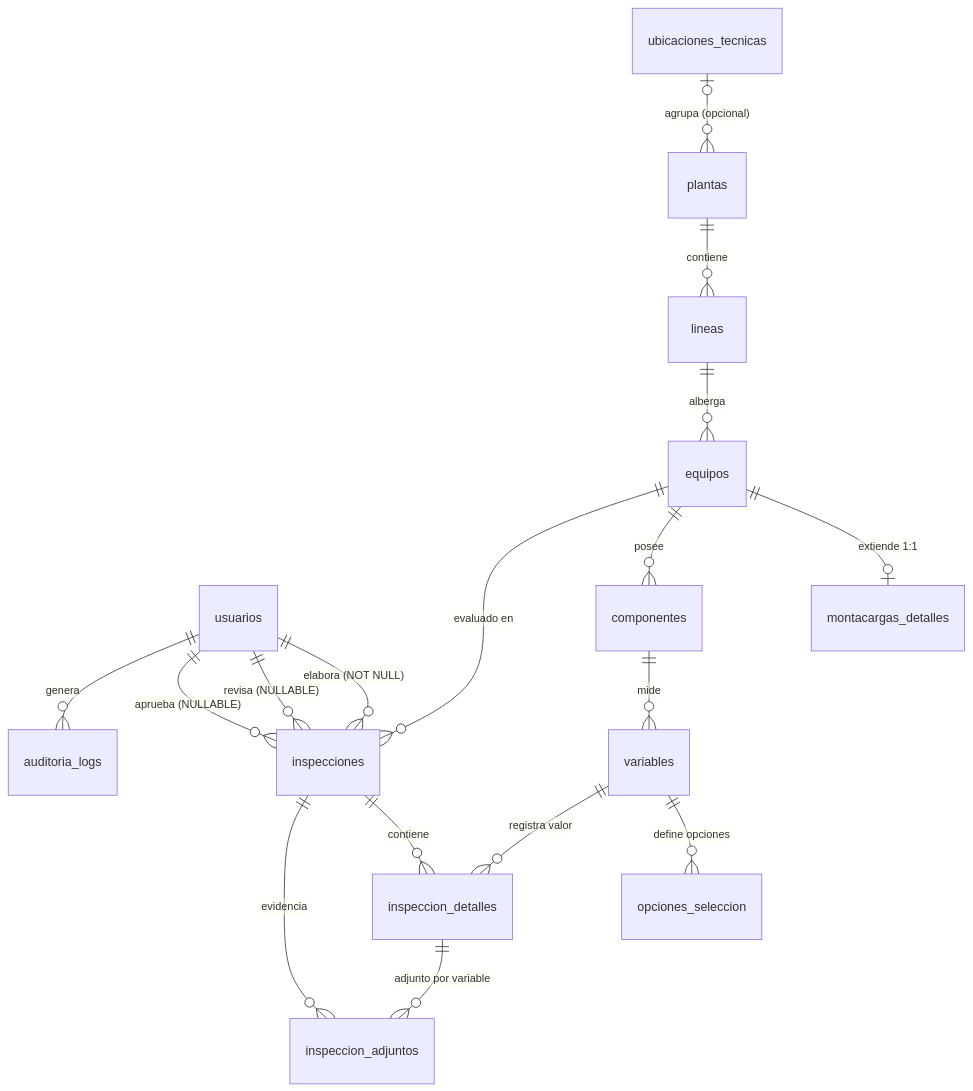
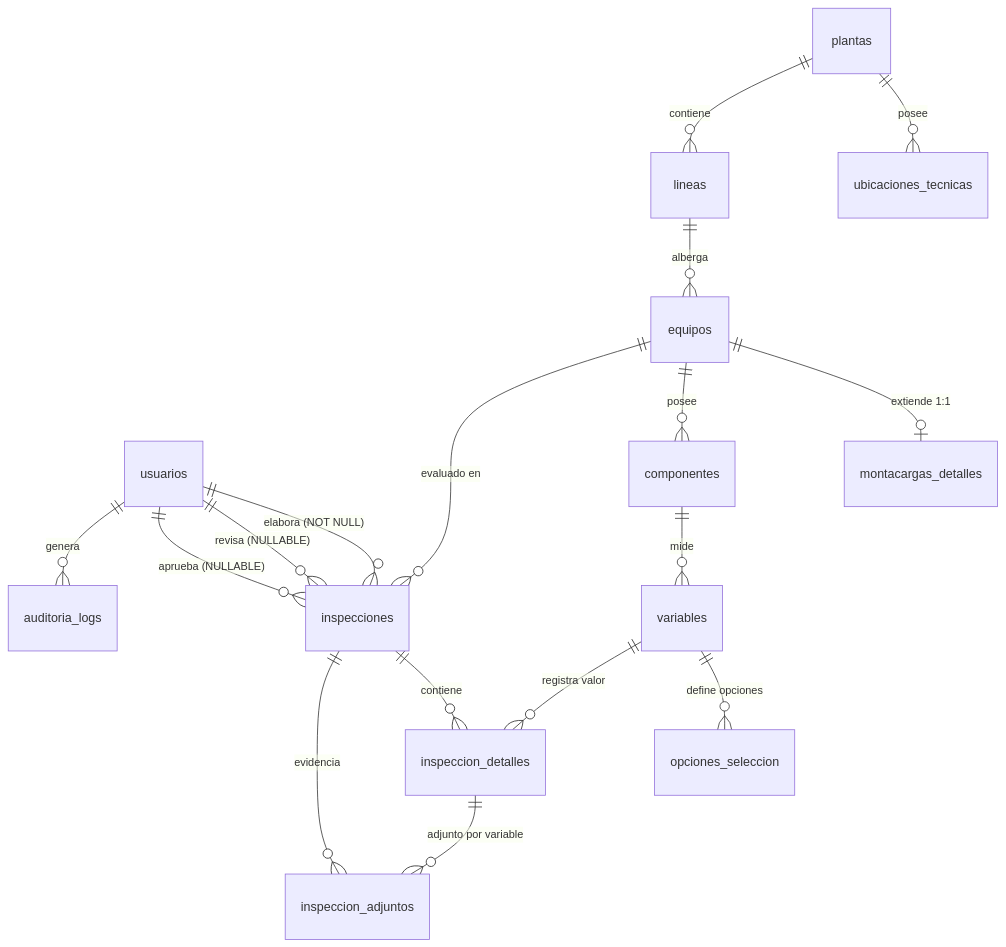
One commit to Rafa-x64/Sinergy changed the diagram in docs/schemas/modelo-entidad-relacion.md. Above: the diagram before and after it, drawn with Mermaid. The commit also changed other lines of this file and 6 other files, not shown here.

````diff
--- a/docs/schemas/modelo-entidad-relacion.md
+++ b/docs/schemas/modelo-entidad-relacion.md
@@ -56,23 +56,23 @@
 ```mermaid
 erDiagram
     usuarios ||--o{ inspecciones : "elabora (NOT NULL)"
     usuarios ||--o{ inspecciones : "revisa (NULLABLE)"
     usuarios ||--o{ inspecciones : "aprueba (NULLABLE)"
     usuarios ||--o{ auditoria_logs : "genera"
 
-    ubicaciones_tecnicas o|--o{ plantas : "agrupa (opcional)"
+    plantas ||--o{ ubicaciones_tecnicas : "posee"
     plantas ||--o{ lineas : "contiene"
     lineas ||--o{ equipos : "alberga"
 
     equipos ||--o| montacargas_detalles : "extiende 1:1"
     equipos ||--o{ componentes : "posee"
     equipos ||--o{ inspecciones : "evaluado en"
 
     componentes ||--o{ variables : "mide"
     variables ||--o{ opciones_seleccion : "define opciones"
 
     inspecciones ||--o{ inspeccion_detalles : "contiene"
     inspecciones ||--o{ inspeccion_adjuntos : "evidencia"
     variables ||--o{ inspeccion_detalles : "registra valor"
     inspeccion_detalles ||--o{ inspeccion_adjuntos : "adjunto por variable"
 ```
````
